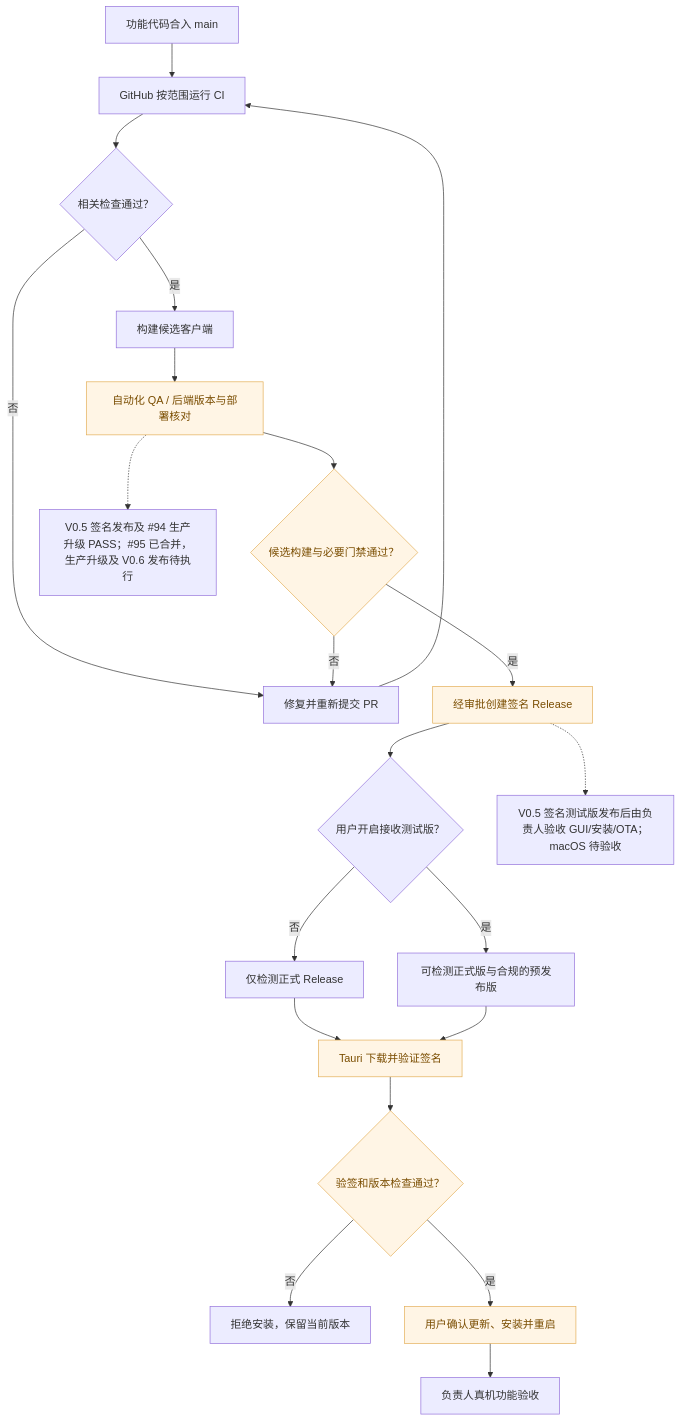
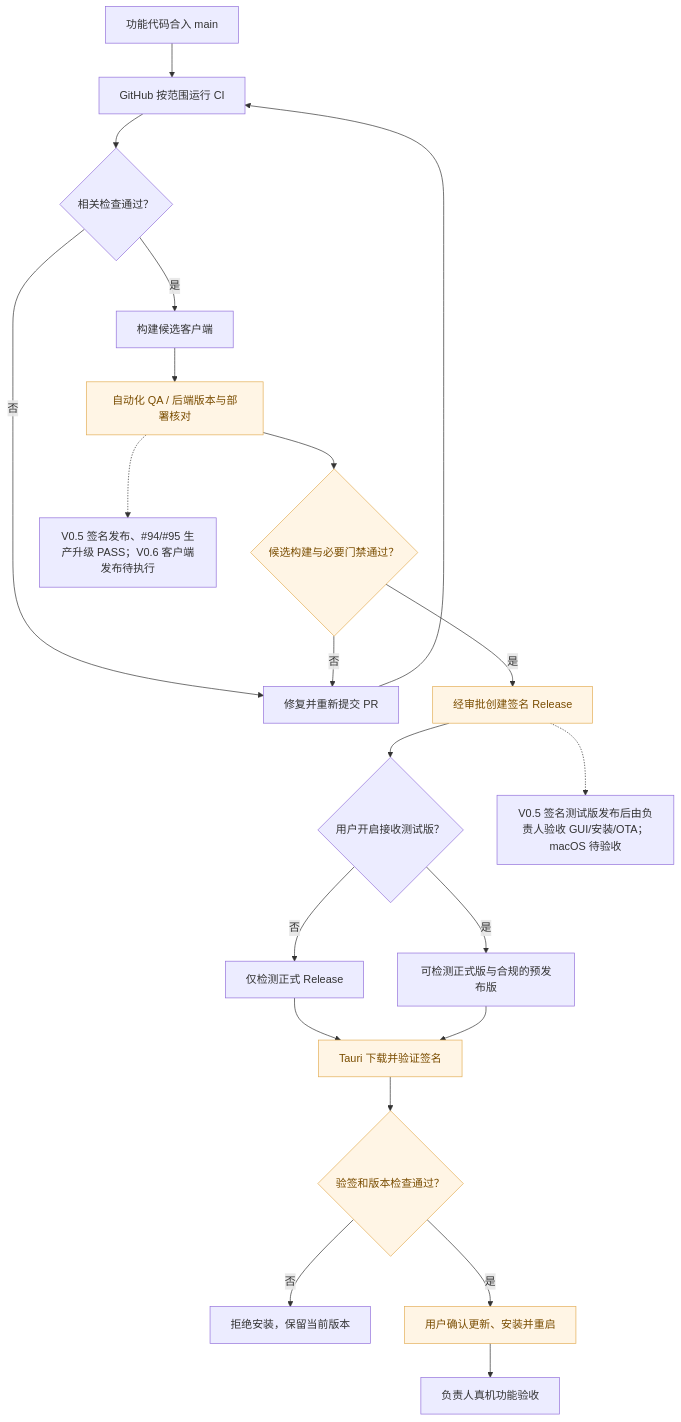
The ninth of 9 diagrams in docs/product/FEATURE-STATUS.md (Fan6512/una-seller), drawn with Mermaid before and after one commit. The commit also changed other lines of this file and 1 other file, not shown here.

```diff
--- a/docs/product/FEATURE-STATUS.md
+++ b/docs/product/FEATURE-STATUS.md
@@ -429,27 +430,27 @@
 ~~~mermaid
 flowchart TD
     A["功能代码合入 main"] --> B["GitHub 按范围运行 CI"]
     B --> C{"相关检查通过？"}
     C -->|否| D["修复并重新提交 PR"]
     D --> B
     C -->|是| E["构建候选客户端"]
     E --> F["自动化 QA / 后端版本与部署核对"]
     F --> G{"候选构建与必要门禁通过？"}
     G -->|否| D
     G -->|是| H["经审批创建签名 Release"]
     H --> I{"用户开启接收测试版？"}
     I -->|否| J["仅检测正式 Release"]
     I -->|是| K["可检测正式版与合规的预发布版"]
     J --> L["Tauri 下载并验证签名"]
     K --> L
     L --> M{"验签和版本检查通过？"}
     M -->|否| N["拒绝安装，保留当前版本"]
     M -->|是| O["用户确认更新、安装并重启"]
 
-    F -.-> P["V0.5 签名发布及 #94 生产升级 PASS；#95 已合并，生产升级及 V0.6 发布待执行"]
+    F -.-> P["V0.5 签名发布、#94/#95 生产升级 PASS；V0.6 客户端发布待执行"]
     H -.-> Q["V0.5 签名测试版发布后由负责人验收 GUI/安装/OTA；macOS 待验收"]
     O --> R["负责人真机功能验收"]
 
     classDef verify fill:#fff5e5,color:#7a4d00,stroke:#e3ae56
     class F,G,H,L,M,O verify
 ~~~
```
